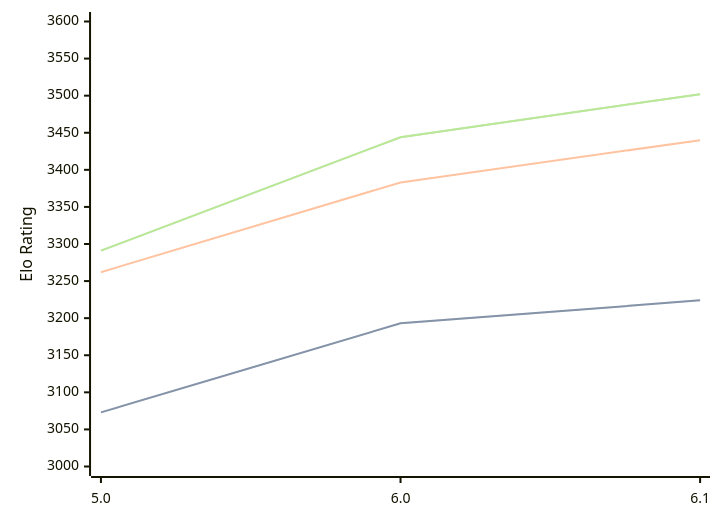
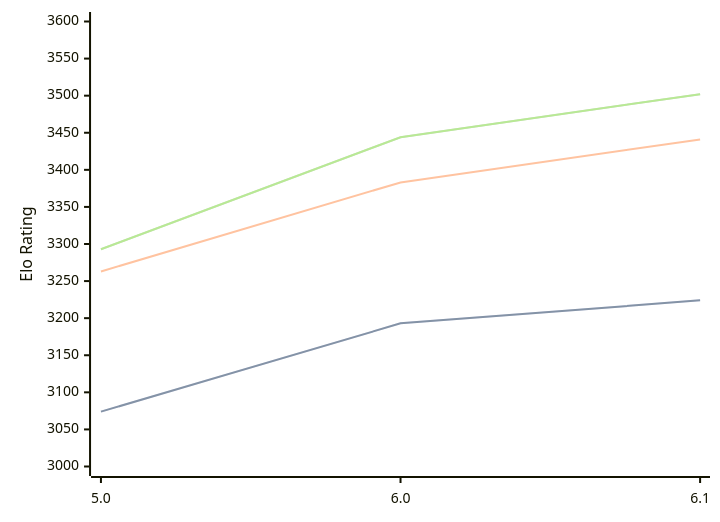
Before and after one commit to computer-chess-index/cci: the diagram in engines/PZChessBot.md, drawn with Mermaid. The commit also changed other lines of this file, not shown here.

Commit message:
Update CCI Ratings (ELO VLTC) - 2026-04-01

````diff
--- a/engines/PZChessBot.md
+++ b/engines/PZChessBot.md
@@ -42,11 +42,11 @@
 ```mermaid
 %%{init: {"theme":"base","themeVariables":{"seriesColors:['#a3a3a3','#222221','#faa371']}}}%%
 xychart-beta
   x-axis ["5.0", "6.0", "6.1"]
   y-axis "Elo Rating" 3000 --> 3600
-  line "STC (8.0+0.08s)" [3073, 3193, 3224]
-  line "STC (8.0+0.08s)" [3073, 3193, 3224]
-  line "LTC (60.0+0.60s)" [3262, 3383, 3440]
-  line "VLTC (2m24s+1.12s)" [3291, 3444, 3502]
-  line "VLTC (2m24s+1.12s)" [3291, 3444, 3502]
+  line "STC (8.0+0.08s)" [3074, 3193, 3224]
+  line "STC (8.0+0.08s)" [3074, 3193, 3224]
+  line "LTC (60.0+0.60s)" [3263, 3383, 3441]
+  line "VLTC (2m24s+1.12s)" [3293, 3444, 3502]
+  line "VLTC (2m24s+1.12s)" [3293, 3444, 3502]
 ```
````
